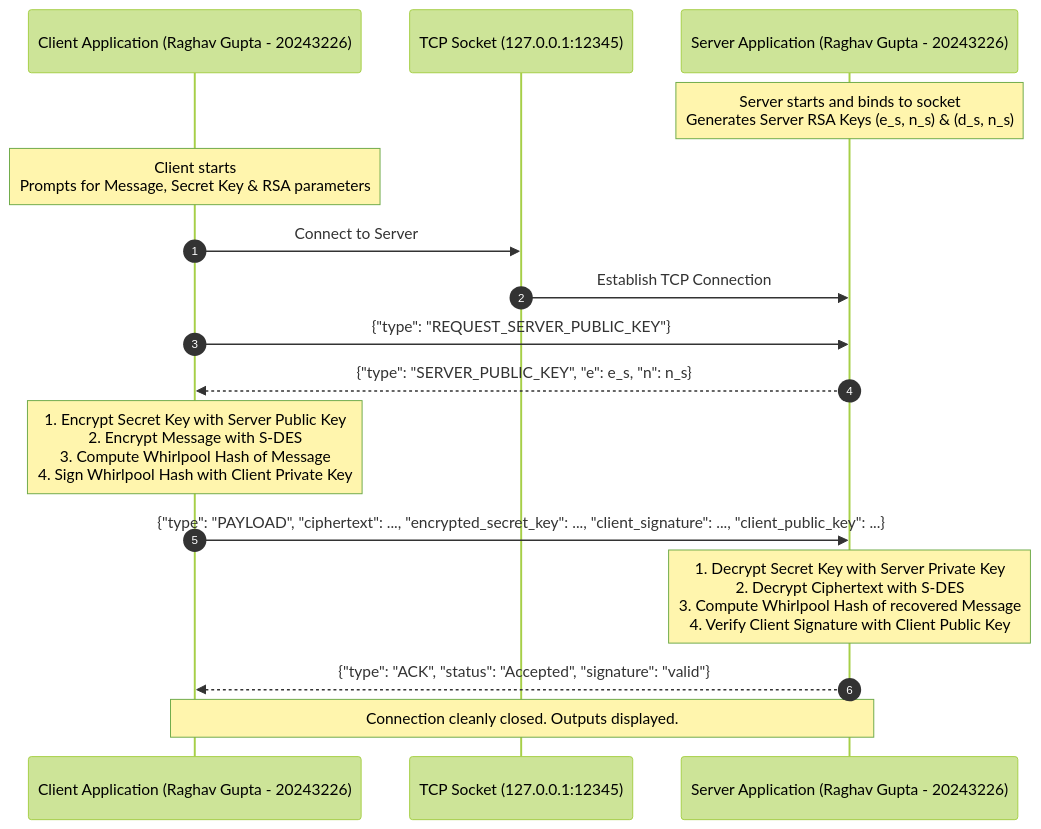
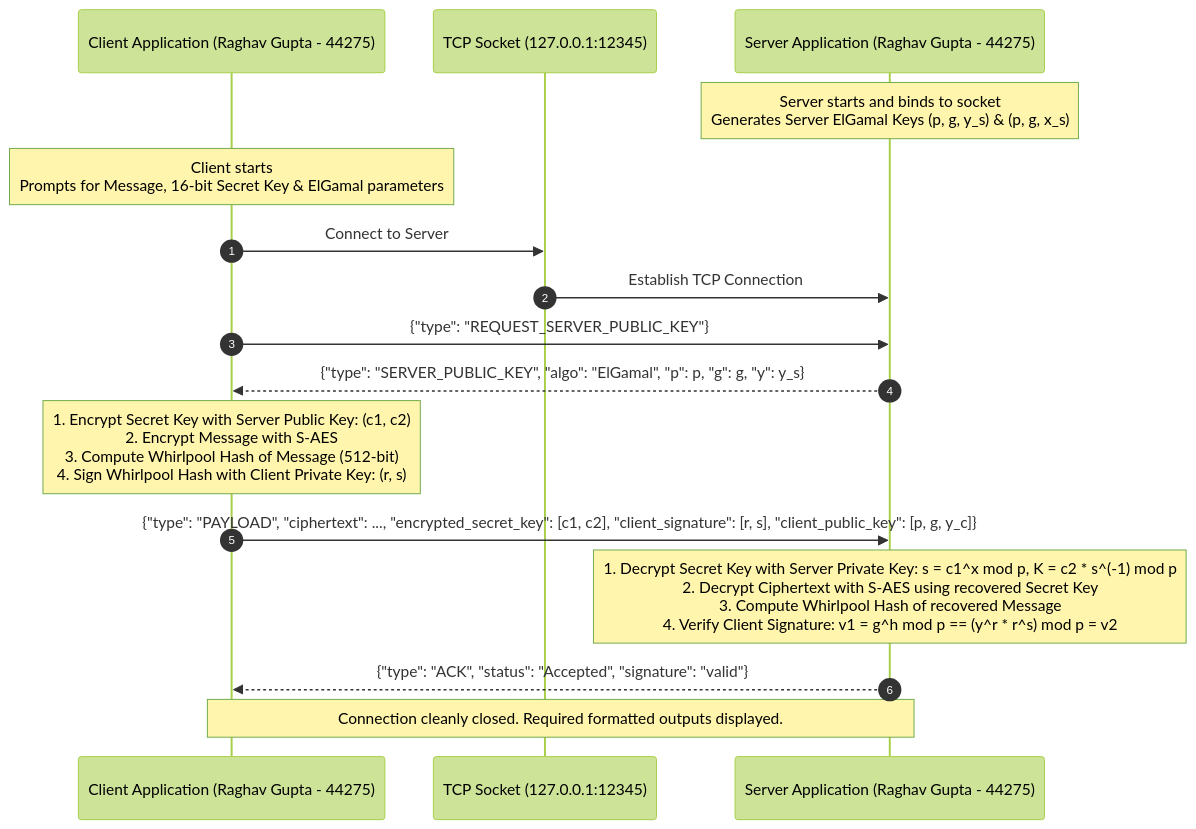
Before and after one commit to raghav12344/enc-dec-project: the second of 5 diagrams in README.md, drawn with Mermaid (forest theme). The commit also changed other lines of this file and 33 other files, not shown here.

````diff
--- a/README.md
+++ b/README.md
@@ -130,25 +136,25 @@
 ```mermaid
 sequenceDiagram
     autonumber
-    participant Client as Client Application (Raghav Gupta - 20243226)
+    participant Client as Client Application (Raghav Gupta - 44275)
     participant Socket as TCP Socket (127.0.0.1:12345)
-    participant Server as Server Application (Raghav Gupta - 20243226)
+    participant Server as Server Application (Raghav Gupta - 44275)
 
-    Note over Server: Server starts and binds to socket<br/>Generates Server RSA Keys (e_s, n_s) & (d_s, n_s)
-    Note over Client: Client starts<br/>Prompts for Message, Secret Key & RSA parameters
+    Note over Server: Server starts and binds to socket<br/>Generates Server ElGamal Keys (p, g, y_s) & (p, g, x_s)
+    Note over Client: Client starts<br/>Prompts for Message, 16-bit Secret Key & ElGamal parameters
 
     Client->>Socket: Connect to Server
     Socket->>Server: Establish TCP Connection
     
     Client->>Server: {"type": "REQUEST_SERVER_PUBLIC_KEY"}
-    Server-->>Client: {"type": "SERVER_PUBLIC_KEY", "e": e_s, "n": n_s}
+    Server-->>Client: {"type": "SERVER_PUBLIC_KEY", "algo": "ElGamal", "p": p, "g": g, "y": y_s}
 
-    Note over Client: 1. Encrypt Secret Key with Server Public Key<br/>2. Encrypt Message with S-DES<br/>3. Compute Whirlpool Hash of Message<br/>4. Sign Whirlpool Hash with Client Private Key
+    Note over Client: 1. Encrypt Secret Key with Server Public Key: (c1, c2)<br/>2. Encrypt Message with S-AES<br/>3. Compute Whirlpool Hash of Message (512-bit)<br/>4. Sign Whirlpool Hash with Client Private Key: (r, s)
 
-    Client->>Server: {"type": "PAYLOAD", "ciphertext": ..., "encrypted_secret_key": ..., "client_signature": ..., "client_public_key": ...}
+    Client->>Server: {"type": "PAYLOAD", "ciphertext": ..., "encrypted_secret_key": [c1, c2], "client_signature": [r, s], "client_public_key": [p, g, y_c]}
 
-    Note over Server: 1. Decrypt Secret Key with Server Private Key<br/>2. Decrypt Ciphertext with S-DES<br/>3. Compute Whirlpool Hash of recovered Message<br/>4. Verify Client Signature with Client Public Key
+    Note over Server: 1. Decrypt Secret Key with Server Private Key: s = c1^x mod p, K = c2 * s^(-1) mod p<br/>2. Decrypt Ciphertext with S-AES using recovered Secret Key<br/>3. Compute Whirlpool Hash of recovered Message<br/>4. Verify Client Signature: v1 = g^h mod p == (y^r * r^s) mod p = v2
 
     Server-->>Client: {"type": "ACK", "status": "Accepted", "signature": "valid"}
-    Note over Client,Server: Connection cleanly closed. Outputs displayed.
+    Note over Client,Server: Connection cleanly closed. Required formatted outputs displayed.
 ```
````
